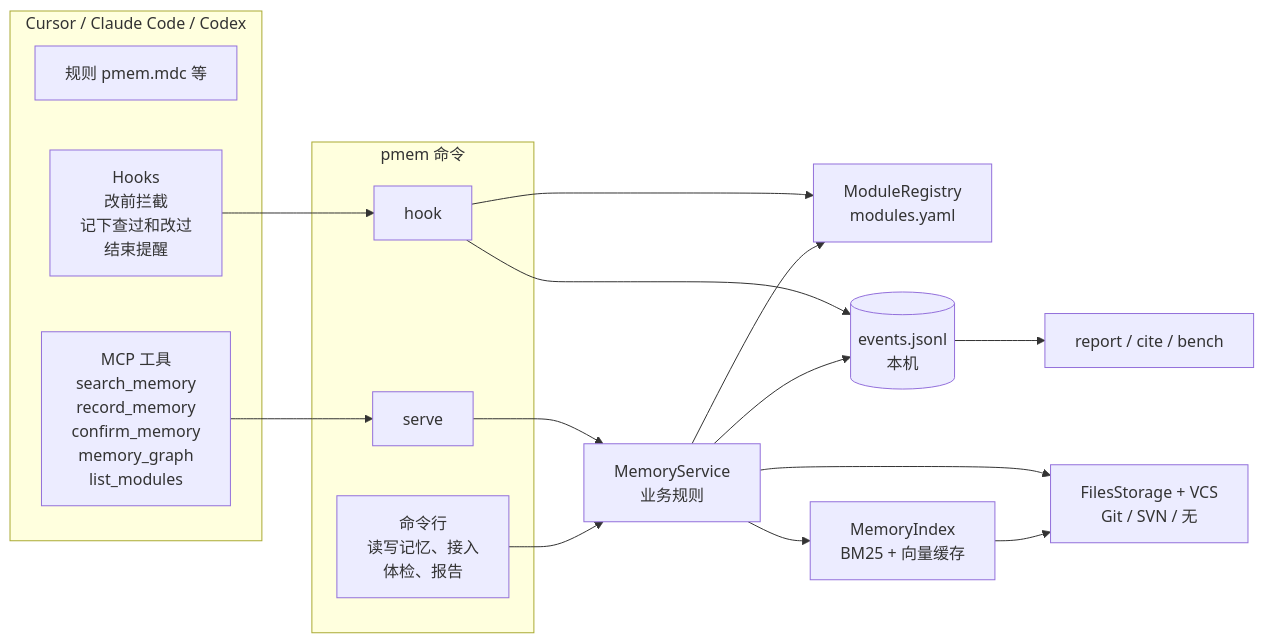
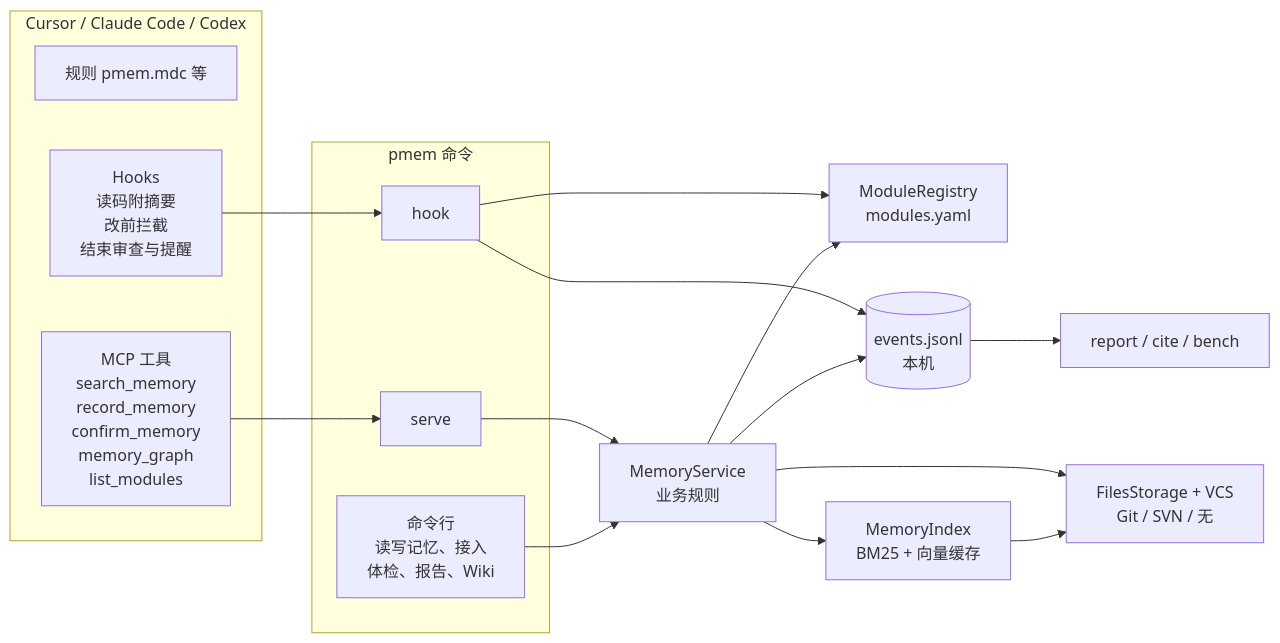
The diagram in docs/architecture.md (mry-ship/pmem), drawn with Mermaid before and after one commit. The commit also changed other lines of this file and 24 other files, not shown here.

````diff
--- a/docs/architecture.md
+++ b/docs/architecture.md
@@ -15,30 +15,30 @@
 ```mermaid
 flowchart LR
     subgraph Agent[Cursor / Claude Code / Codex]
         R[规则 pmem.mdc 等]
         M[MCP 工具<br/>search_memory<br/>record_memory<br/>confirm_memory<br/>memory_graph<br/>list_modules]
-        H[Hooks<br/>改前拦截<br/>记下查过和改过<br/>结束提醒]
+        H[Hooks<br/>读码附摘要<br/>改前拦截<br/>结束审查与提醒]
     end
     subgraph pmem 命令
         S[serve]
         HK[hook]
-        CLI[命令行<br/>读写记忆、接入<br/>体检、报告]
+        CLI[命令行<br/>读写记忆、接入<br/>体检、报告、Wiki]
     end
     SV[MemoryService<br/>业务规则]
     REG[ModuleRegistry<br/>modules.yaml]
     ST[FilesStorage + VCS<br/>Git / SVN / 无]
     IX[MemoryIndex<br/>BM25 + 向量缓存]
     EV[(events.jsonl<br/>本机)]
     RP[report / cite / bench]
 
     M --> S --> SV
     CLI --> SV
     H --> HK --> REG
     HK --> EV
     SV --> REG
     SV --> ST
     SV --> IX
     SV --> EV
     IX --> ST
     EV --> RP
 ```
````
